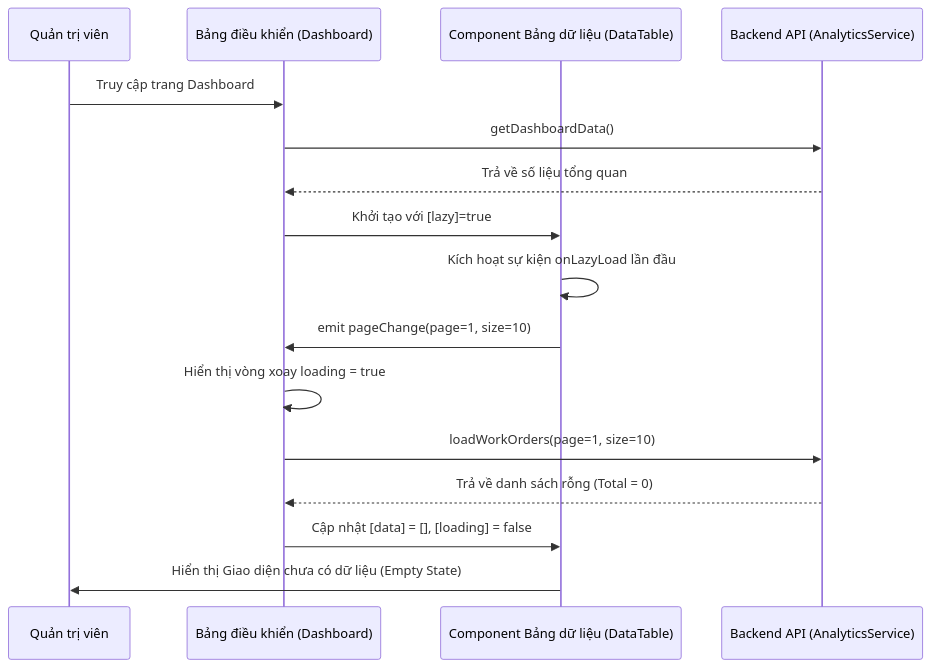
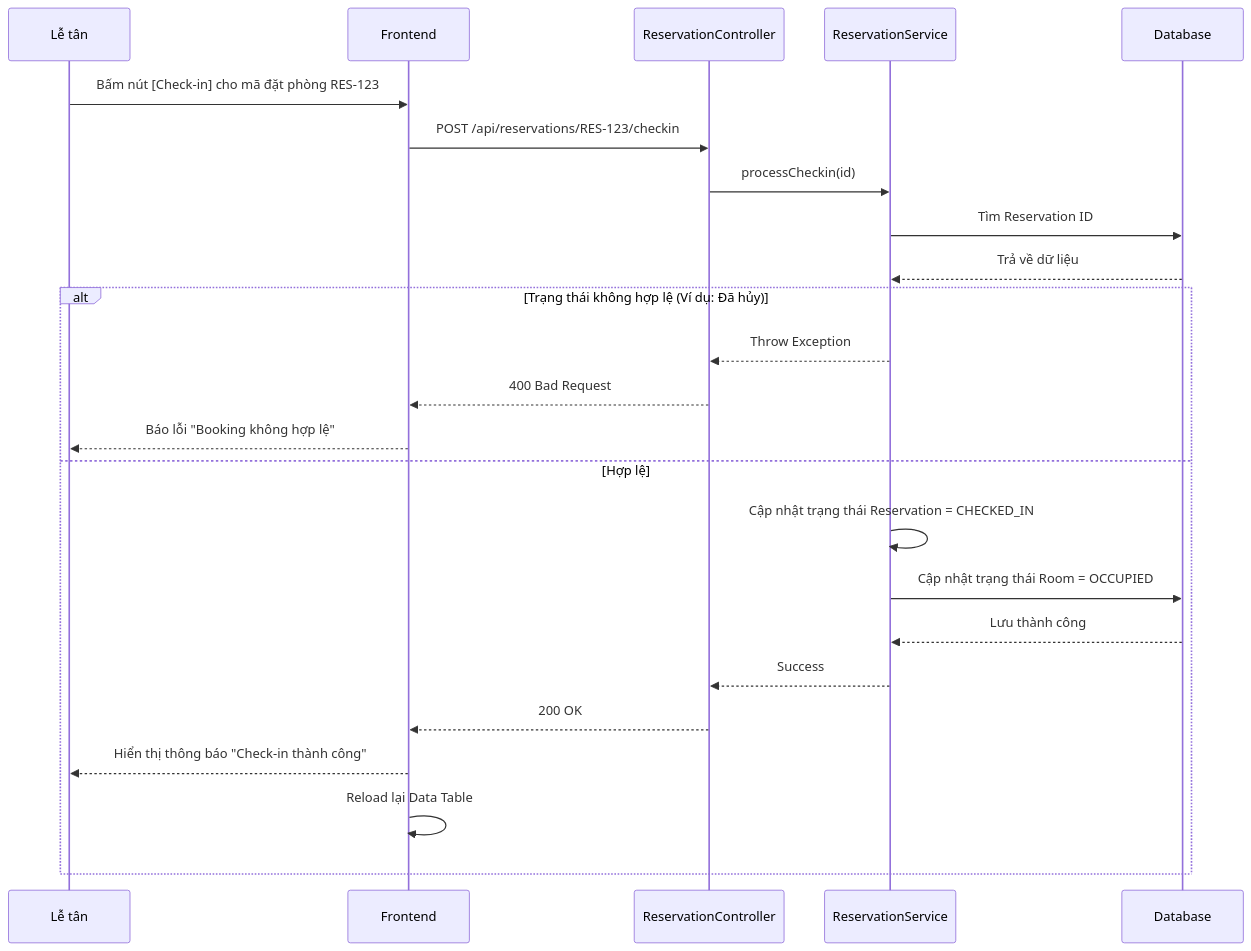
One commit to GinNgo/He-thong-quan-ly-khach-san changed the ninth of 11 diagrams in docs/UML.md. Above: the diagram before and after it, drawn with Mermaid. The commit also changed other lines of this file and 33 other files, not shown here.

````diff
--- a/docs/UML.md
+++ b/docs/UML.md
@@ -129,19 +271,28 @@
 ```mermaid
 sequenceDiagram
-    participant User as Quản trị viên
-    participant UI as Bảng điều khiển (Dashboard)
-    participant Table as Component Bảng dữ liệu (DataTable)
-    participant API as Backend API (AnalyticsService)
+    participant Staff as Lễ tân
+    participant UI as Frontend
+    participant RC as ReservationController
+    participant RS as ReservationService
+    participant DB as Database
 
-    User->>UI: Truy cập trang Dashboard
-    UI->>API: getDashboardData()
-    API-->>UI: Trả về số liệu tổng quan
-    UI->>Table: Khởi tạo với [lazy]=true
-    Table->>Table: Kích hoạt sự kiện onLazyLoad lần đầu
-    Table->>UI: emit pageChange(page=1, size=10)
-    UI->>UI: Hiển thị vòng xoay loading = true
-    UI->>API: loadWorkOrders(page=1, size=10)
-    API-->>UI: Trả về danh sách rỗng (Total = 0)
-    UI->>Table: Cập nhật [data] = [], [loading] = false
-    Table->>User: Hiển thị Giao diện chưa có dữ liệu (Empty State)
+    Staff->>UI: Bấm nút [Check-in] cho mã đặt phòng RES-123
+    UI->>RC: POST /api/reservations/RES-123/checkin
+    RC->>RS: processCheckin(id)
+    RS->>DB: Tìm Reservation ID
+    DB-->>RS: Trả về dữ liệu
+    
+    alt Trạng thái không hợp lệ (Ví dụ: Đã hủy)
+        RS-->>RC: Throw Exception
+        RC-->>UI: 400 Bad Request
+        UI-->>Staff: Báo lỗi "Booking không hợp lệ"
+    else Hợp lệ
+        RS->>RS: Cập nhật trạng thái Reservation = CHECKED_IN
+        RS->>DB: Cập nhật trạng thái Room = OCCUPIED
+        DB-->>RS: Lưu thành công
+        RS-->>RC: Success
+        RC-->>UI: 200 OK
+        UI-->>Staff: Hiển thị thông báo "Check-in thành công"
+        UI->>UI: Reload lại Data Table
+    end
 ```
````
